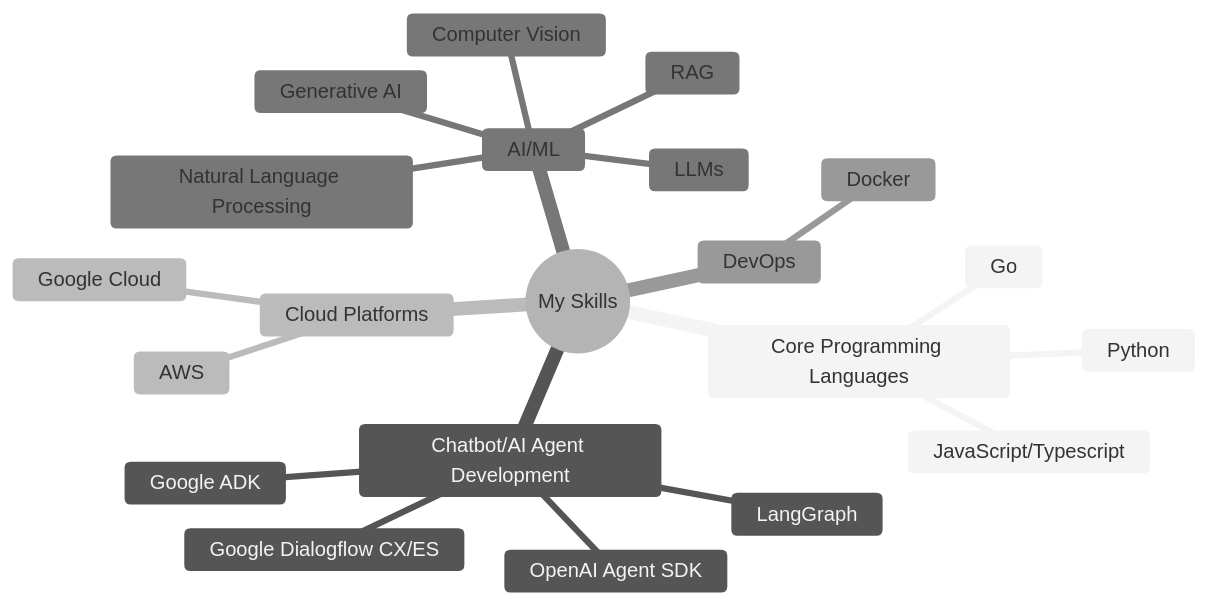
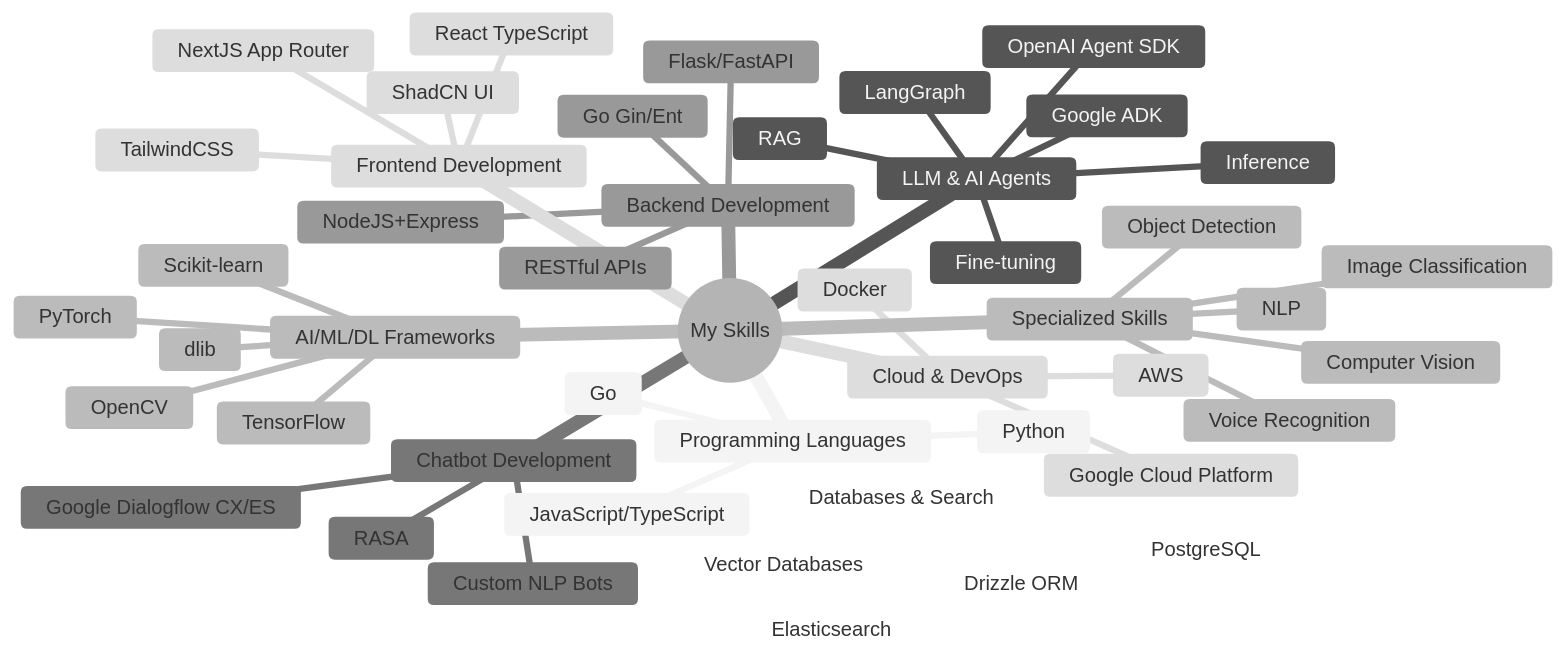
Before and after one commit to RajKKapadia/RajKKapadia: the diagram in README.md, drawn with Mermaid (neutral theme). The commit also changed other lines of this file, not shown here.

````diff
--- a/README.md
+++ b/README.md
@@ -40,24 +114,50 @@
 ```mermaid
 mindmap
   root((My Skills))
-    Core Programming Languages
+    Programming Languages
       Python
-      JavaScript/Typescript
+      JavaScript/TypeScript
       Go
-    Chatbot/AI Agent Development
-      Google Dialogflow CX/ES
+    LLM & AI Agents
       OpenAI Agent SDK
       Google ADK
       LangGraph
-    Cloud Platforms
-      Google Cloud
+      Fine-tuning
+      Inference
+      RAG
+    AI/ML/DL Frameworks
+      TensorFlow
+      PyTorch
+      Scikit-learn
+      OpenCV
+      dlib
+    Chatbot Development
+      Google Dialogflow CX/ES
+      RASA
+      Custom NLP Bots
+    Backend Development
+      Flask/FastAPI
+      NodeJS+Express
+      Go Gin/Ent
+      RESTful APIs
+    Frontend Development
+      React TypeScript
+      NextJS App Router
+      ShadCN UI
+      TailwindCSS
+    Databases & Search
+      PostgreSQL
+      Elasticsearch
+      Vector Databases
+      Drizzle ORM
+    Cloud & DevOps
+      Google Cloud Platform
       AWS
-    AI/ML
-      LLMs
-      Generative AI
-      RAG
+      Docker
+    Specialized Skills
       Computer Vision
-      Natural Language Processing
-    DevOps
-      Docker
+      NLP
+      Image Classification
+      Object Detection
+      Voice Recognition
 ```
````
